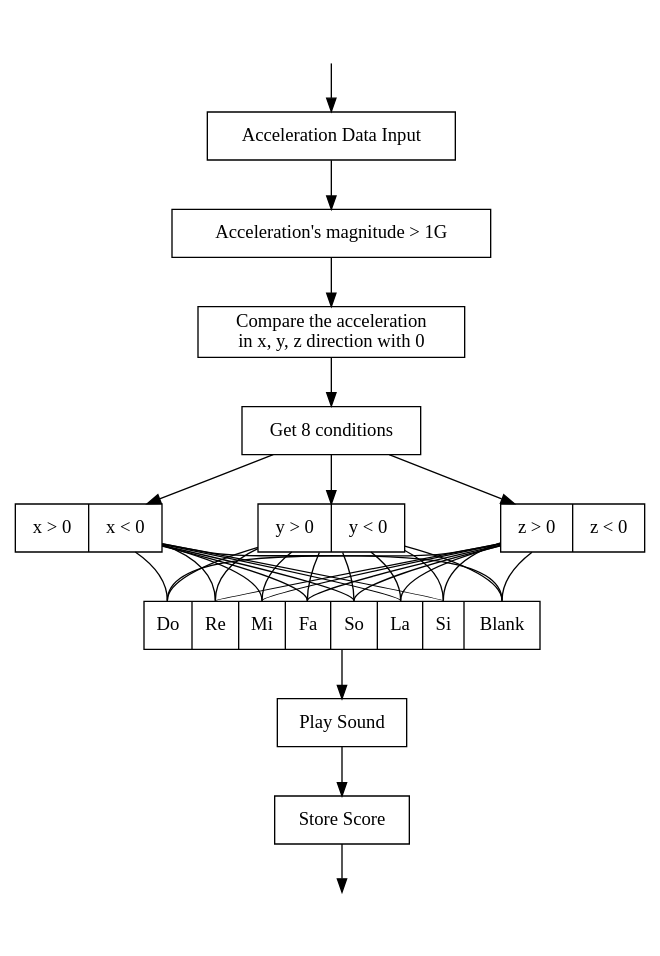
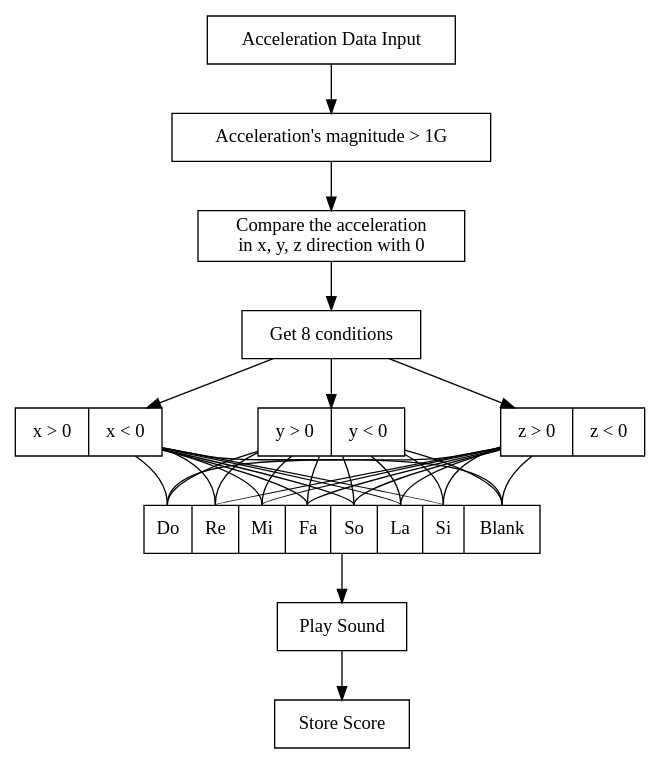
The diagram in figWR/ma.dot (iamwrm/VG100_Final_Report), drawn with Graphviz before and after one commit. The commit also changed 7 other files, not shown here.

```diff
--- a/figWR/ma.dot
+++ b/figWR/ma.dot
@@ -1,73 +1,65 @@
 // Copyright (c) 2017 wangren
 // 
 // This software is released under the MIT License.
 // https://opensource.org/licenses/MIT
 
 
 
 digraph a {
 node[shape=record]
 
 graph [ nodesep=1]
 
 // label="Flow chart of the Index Script"
 
-realstart-> start
-
-realstart[label="",shape=none]
 
 start[label="Acceleration Data Input"]
 
 start->c0
 
 c0 [label="Acceleration's magnitude \> 1G"]
 
 c1[label="Compare the acceleration\n in x, y, z direction with 0"]
 
 c0->c1
 
 c2 [label="Get 8 conditions"]
 
 c1->c2
 
 c3 [label=" <s1>x \> 0 | <s2> x \< 0 "];
 c4 [label=" <s1>y \> 0 | <s2> y \< 0 "];
 c5 [label=" <s1>z \> 0 | <s2> z \< 0 "];
  
 c2->c3
 c2->c4
 c2->c5
 
 result [label = "<d1>Do|<d2>Re|<d3>Mi|<d4>Fa|<d5>So|<d6>La|<d7>Si|<d8>Blank"]
 
 
 {
 	edge[dir=none]
 
 	{c3:s1,c4:s1,c5:s1}->result:d1;
 	{c3:s1,c4:s2,c5:s1}->result:d2;
 	{c3:s2,c4:s1,c5:s1}->result:d3;
 	{c3:s2,c4:s2,c5:s1}->result:d4;
 	{c3:s1,c4:s1,c5:s2}->result:d5;
 	{c3:s1,c4:s2,c5:s2}->result:d6;
 	{c3:s2,c4:s1,c5:s2}->result:d7;
 	{c3:s2,c4:s2,c5:s2}->result:d8;
 	}
 
 result-> play
 
 play[label="Play Sound"]
 
 play -> store
 
 store[label="Store Score"]
 
-store-> end
-
-end[shape=none,label=""]
-
-
 
 
 
 }
```
